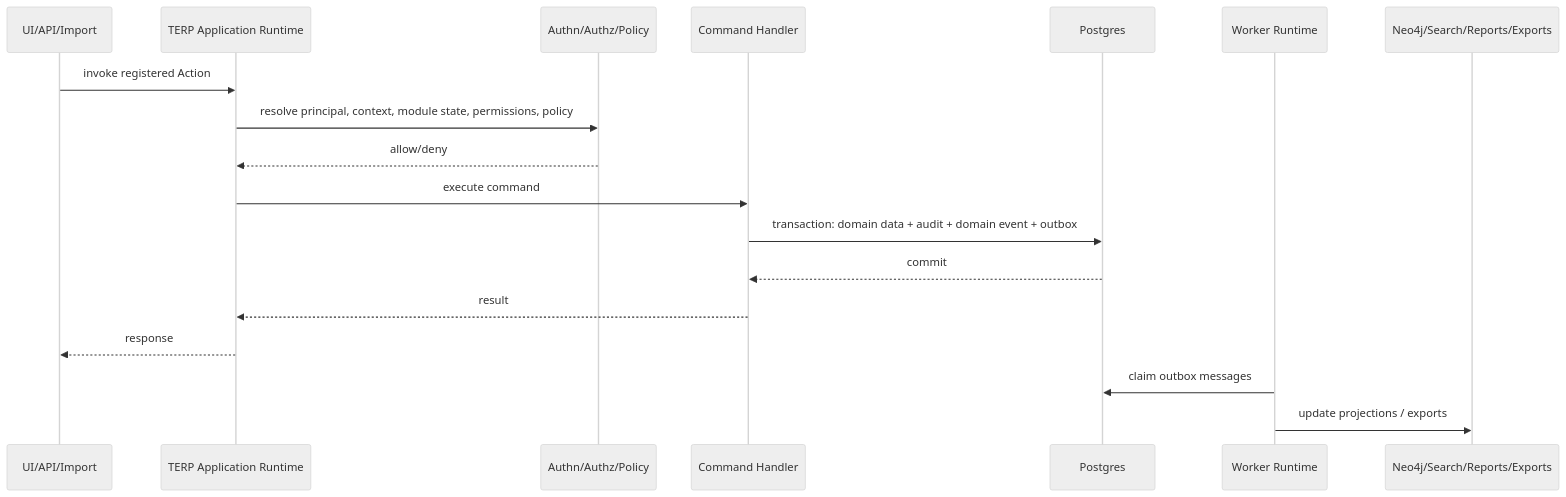
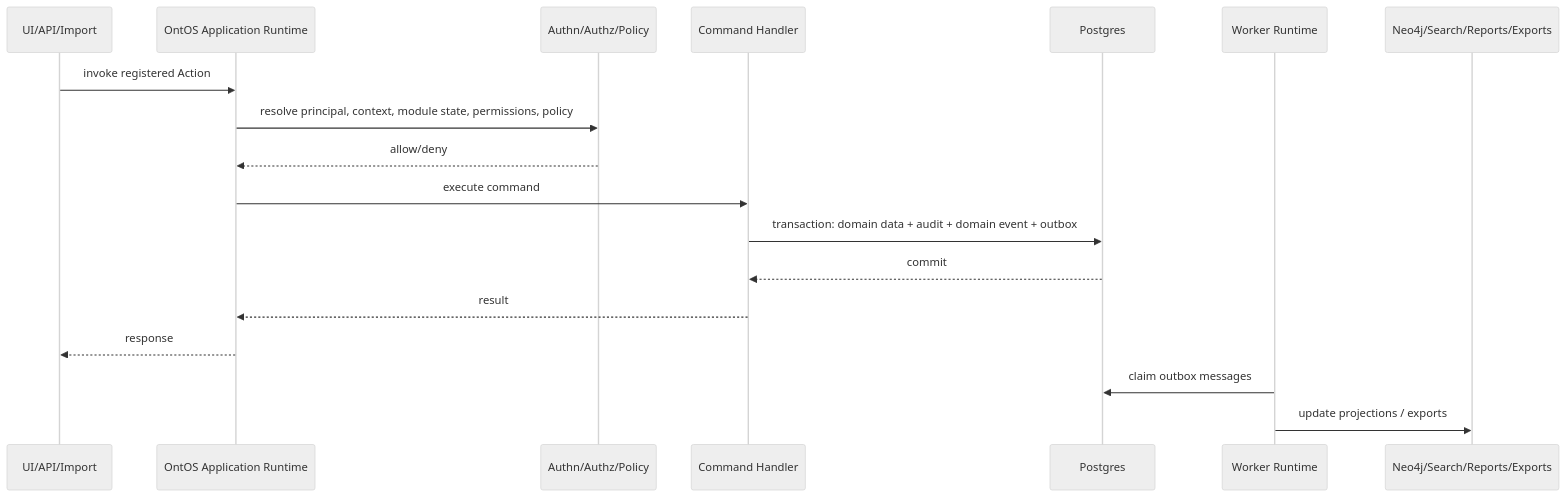
Before and after one commit to TechsioCZ/ontos: the diagram in diagrams/runtime-action-flow.mmd, drawn with Mermaid (neutral theme). The commit also changed 28 other files, not shown here.

First line of the commit message:
Rename architecture pack to OntOS

```diff
--- a/diagrams/runtime-action-flow.mmd
+++ b/diagrams/runtime-action-flow.mmd
@@ -1,19 +1,19 @@
 sequenceDiagram
   participant UI as UI/API/Import
-  participant App as TERP Application Runtime
+  participant App as OntOS Application Runtime
   participant Auth as Authn/Authz/Policy
   participant Cmd as Command Handler
   participant PG as Postgres
   participant W as Worker Runtime
   participant Proj as Neo4j/Search/Reports/Exports
 
   UI->>App: invoke registered Action
   App->>Auth: resolve principal, context, module state, permissions, policy
   Auth-->>App: allow/deny
   App->>Cmd: execute command
   Cmd->>PG: transaction: domain data + audit + domain event + outbox
   PG-->>Cmd: commit
   Cmd-->>App: result
   App-->>UI: response
   W->>PG: claim outbox messages
   W->>Proj: update projections / exports
```
